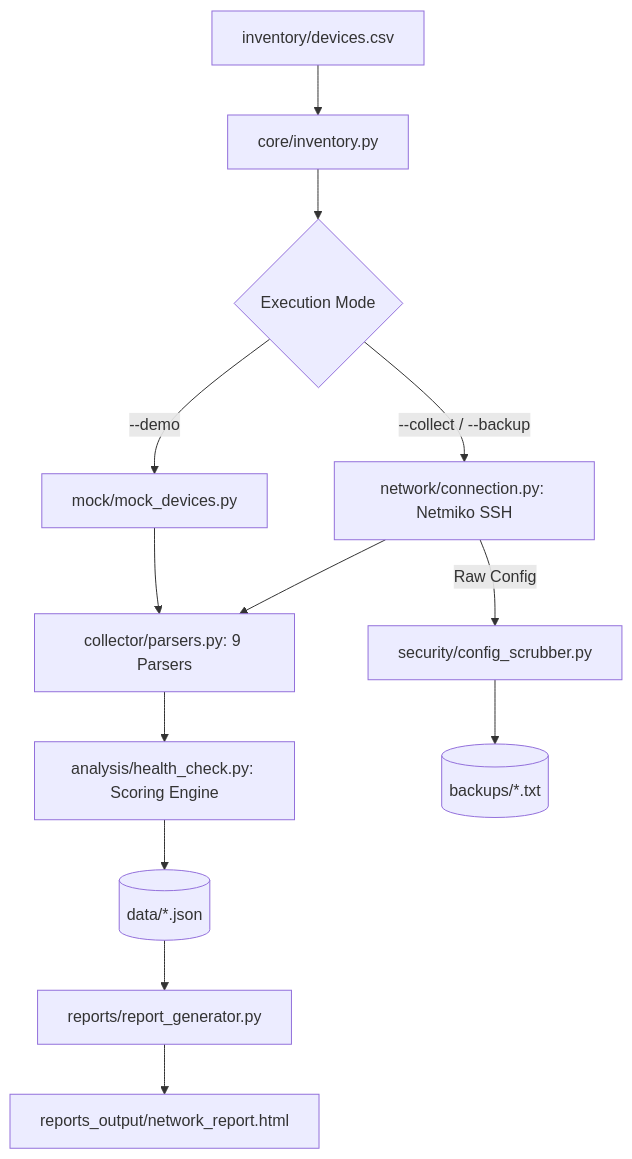
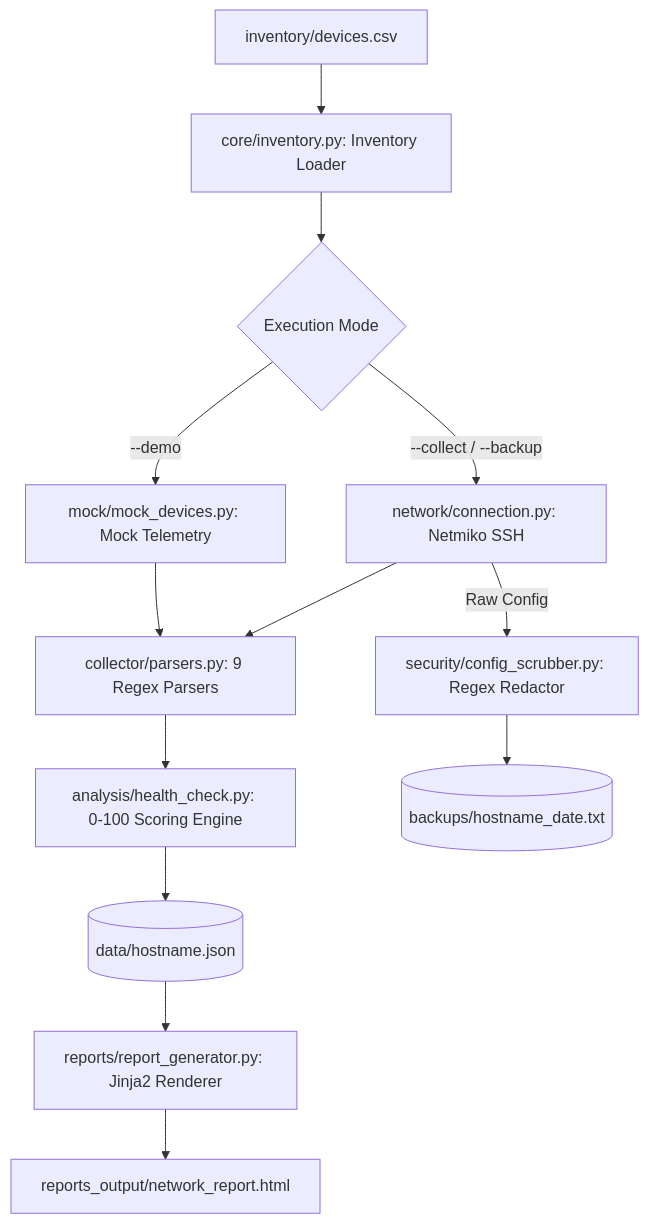
One commit to rohitr01/Cisco-Network-Automation changed the diagram in README.md. Above: the diagram before and after it, drawn with Mermaid. The commit also changed other lines of this file, not shown here.

````diff
--- a/README.md
+++ b/README.md
@@ -132,15 +145,15 @@
 ```mermaid
 flowchart TD
-    A[inventory/devices.csv] --> B[core/inventory.py]
+    A[inventory/devices.csv] --> B[core/inventory.py: Inventory Loader]
     B --> C{Execution Mode}
-    C -->|--demo| D[mock/mock_devices.py]
+    C -->|--demo| D[mock/mock_devices.py: Mock Telemetry]
     C -->|--collect / --backup| E[network/connection.py: Netmiko SSH]
-    D --> F[collector/parsers.py: 9 Parsers]
+    D --> F[collector/parsers.py: 9 Regex Parsers]
     E --> F
-    E -->|Raw Config| G[security/config_scrubber.py]
-    G --> H[(backups/*.txt)]
-    F --> I[analysis/health_check.py: Scoring Engine]
-    I --> J[(data/*.json)]
-    J --> K[reports/report_generator.py]
+    E -->|Raw Config| G[security/config_scrubber.py: Regex Redactor]
+    G --> H[(backups/hostname_date.txt)]
+    F --> I[analysis/health_check.py: 0-100 Scoring Engine]
+    I --> J[(data/hostname.json)]
+    J --> K[reports/report_generator.py: Jinja2 Renderer]
     K --> L[reports_output/network_report.html]
 ```
````
